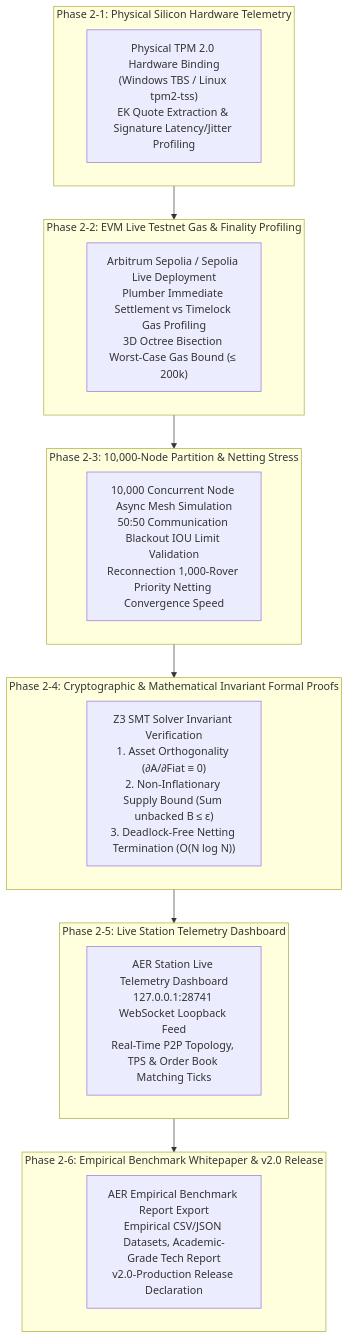
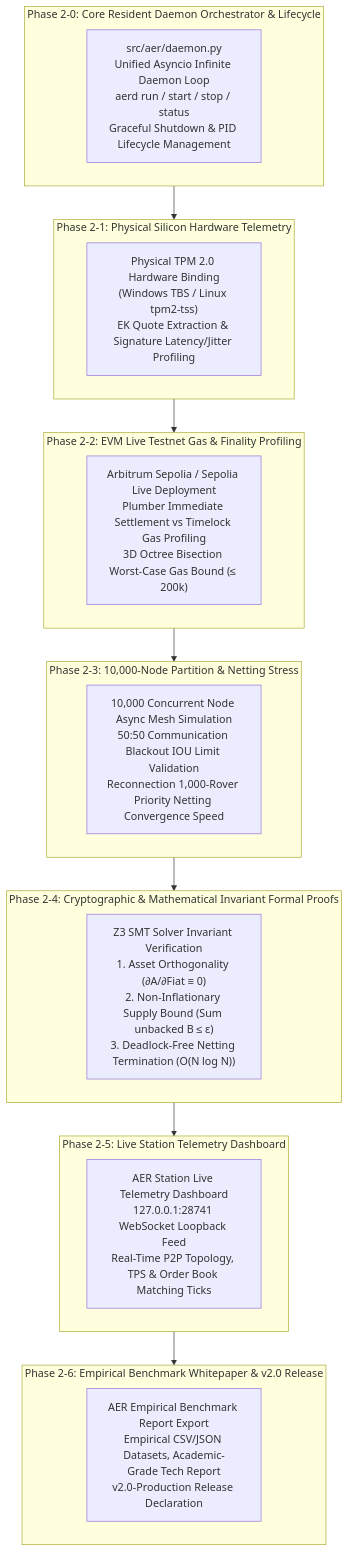
Before and after one commit to Team-Sequence-Thaumaturge/AER: the diagram in ROADMAP2.md, drawn with Mermaid. The commit also changed other lines of this file and 2 other files, not shown here.

Commit message:
docs(roadmap2): formalize Phase 2-0 resident daemon orchestrator and lifecycle engine

````diff
--- a/ROADMAP2.md
+++ b/ROADMAP2.md
@@ -10,32 +10,37 @@
 ```mermaid
 graph TD
+    subgraph R2_0 [Phase 2-0: Core Resident Daemon Orchestrator & Lifecycle]
+        Daemon_Core["src/aer/daemon.py<br/>Unified Asyncio Infinite Daemon Loop<br/>aerd run / start / stop / status<br/>Graceful Shutdown & PID Lifecycle Management"]
+    end
+
     subgraph R2_1 [Phase 2-1: Physical Silicon Hardware Telemetry]
         TPM_Live["Physical TPM 2.0 Hardware Binding<br/>(Windows TBS / Linux tpm2-tss)<br/>EK Quote Extraction & Signature Latency/Jitter Profiling"]
     end
 
     subgraph R2_2 [Phase 2-2: EVM Live Testnet Gas & Finality Profiling]
         Testnet["Arbitrum Sepolia / Sepolia Live Deployment<br/>Plumber Immediate Settlement vs Timelock Gas Profiling<br/>3D Octree Bisection Worst-Case Gas Bound (≤ 200k)"]
     end
 
     subgraph R2_3 [Phase 2-3: 10,000-Node Partition & Netting Stress]
         MeshStress["10,000 Concurrent Node Async Mesh Simulation<br/>50:50 Communication Blackout IOU Limit Validation<br/>Reconnection 1,000-Rover Priority Netting Convergence Speed"]
     end
 
     subgraph R2_4 [Phase 2-4: Cryptographic & Mathematical Invariant Formal Proofs]
         Formal["Z3 SMT Solver Invariant Verification<br/>1. Asset Orthogonality (∂A/∂Fiat ≡ 0)<br/>2. Non-Inflationary Supply Bound (Sum unbacked B ≤ ε)<br/>3. Deadlock-Free Netting Termination (O(N log N))"]
     end
 
     subgraph R2_5 [Phase 2-5: Live Station Telemetry Dashboard]
         TelemetryUI["AER Station Live Telemetry Dashboard<br/>127.0.0.1:28741 WebSocket Loopback Feed<br/>Real-Time P2P Topology, TPS & Order Book Matching Ticks"]
     end
 
     subgraph R2_6 [Phase 2-6: Empirical Benchmark Whitepaper & v2.0 Release]
         BenchmarkReport["AER Empirical Benchmark Report Export<br/>Empirical CSV/JSON Datasets, Academic-Grade Tech Report<br/>v2.0-Production Release Declaration"]
     end
 
+    R2_0 --> R2_1
     R2_1 --> R2_2
     R2_2 --> R2_3
     R2_3 --> R2_4
     R2_4 --> R2_5
     R2_5 --> R2_6
 ```
````
